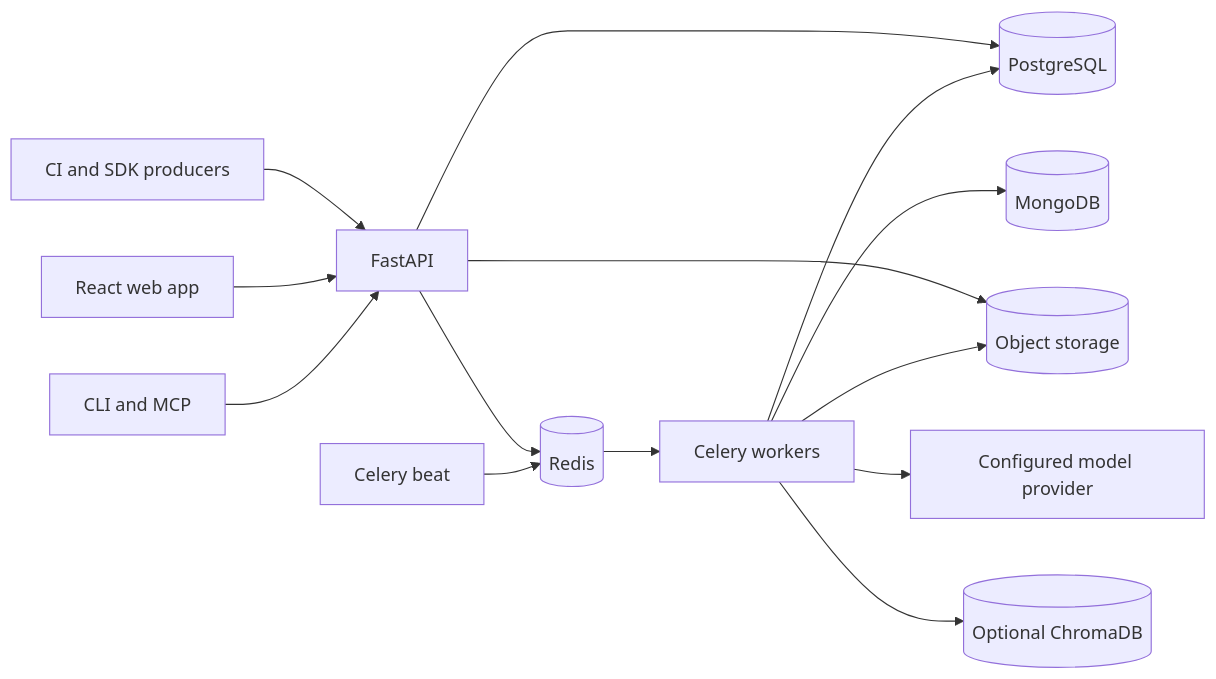
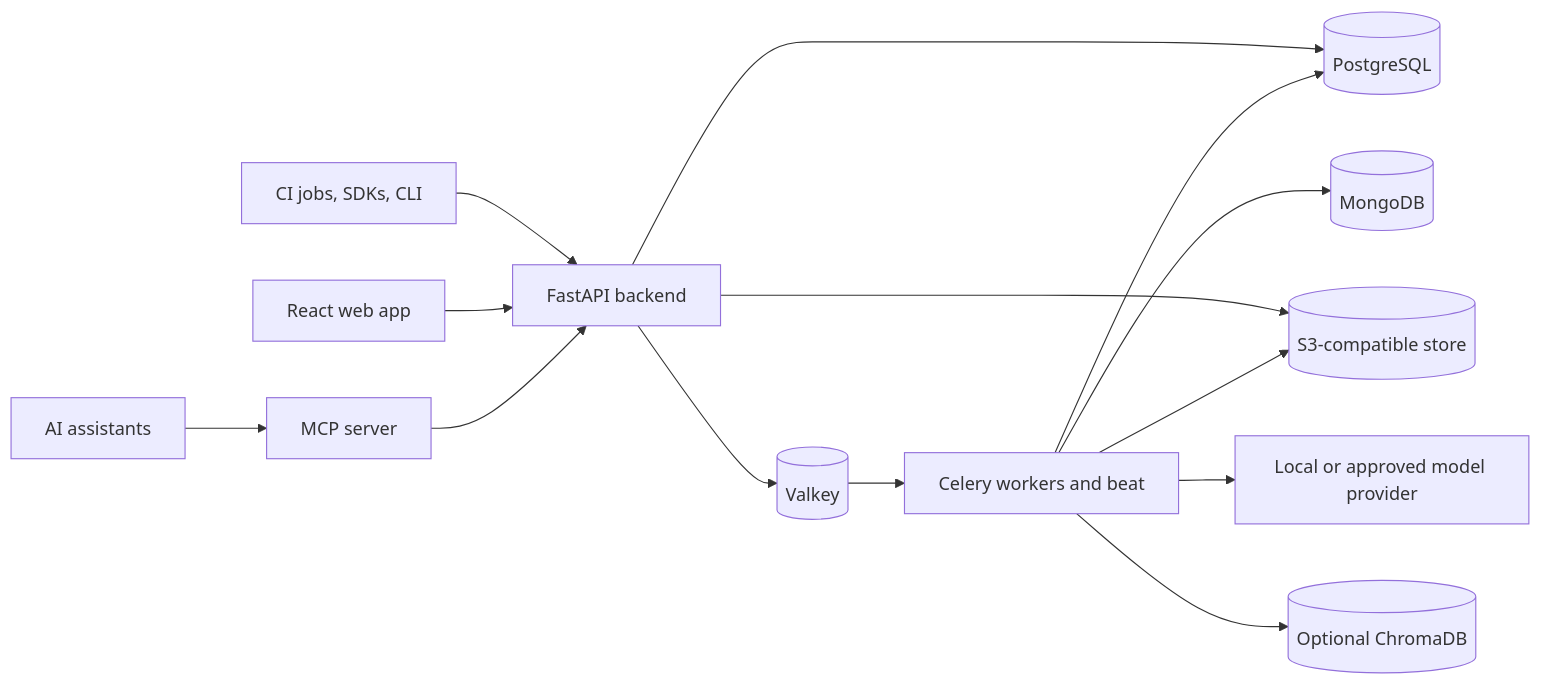
Before and after one commit to test-intelligence/testlookup: the diagram in README.md, drawn with Mermaid. The commit also changed other lines of this file and 111 other files, not shown here.

````diff
--- a/README.md
+++ b/README.md
@@ -62,16 +126,15 @@
 ```mermaid
 flowchart LR
-  CI[CI and SDK producers] --> API[FastAPI]
+  Producers[CI jobs, SDKs, CLI] --> API[FastAPI backend]
   UI[React web app] --> API
-  Clients[CLI and MCP] --> API
+  Assistants[AI assistants] --> MCP[MCP server] --> API
   API --> PG[(PostgreSQL)]
-  API --> Redis[(Redis)]
-  API --> Objects[(Object storage)]
-  Redis --> Workers[Celery workers]
-  Beat[Celery beat] --> Redis
+  API --> Broker[(Valkey)]
+  API --> Objects[(S3-compatible store)]
+  Broker --> Workers[Celery workers and beat]
   Workers --> PG
   Workers --> Mongo[(MongoDB)]
   Workers --> Objects
-  Workers --> Models[Configured model provider]
+  Workers --> Models[Local or approved model provider]
   Workers --> Vectors[(Optional ChromaDB)]
 ```
````
